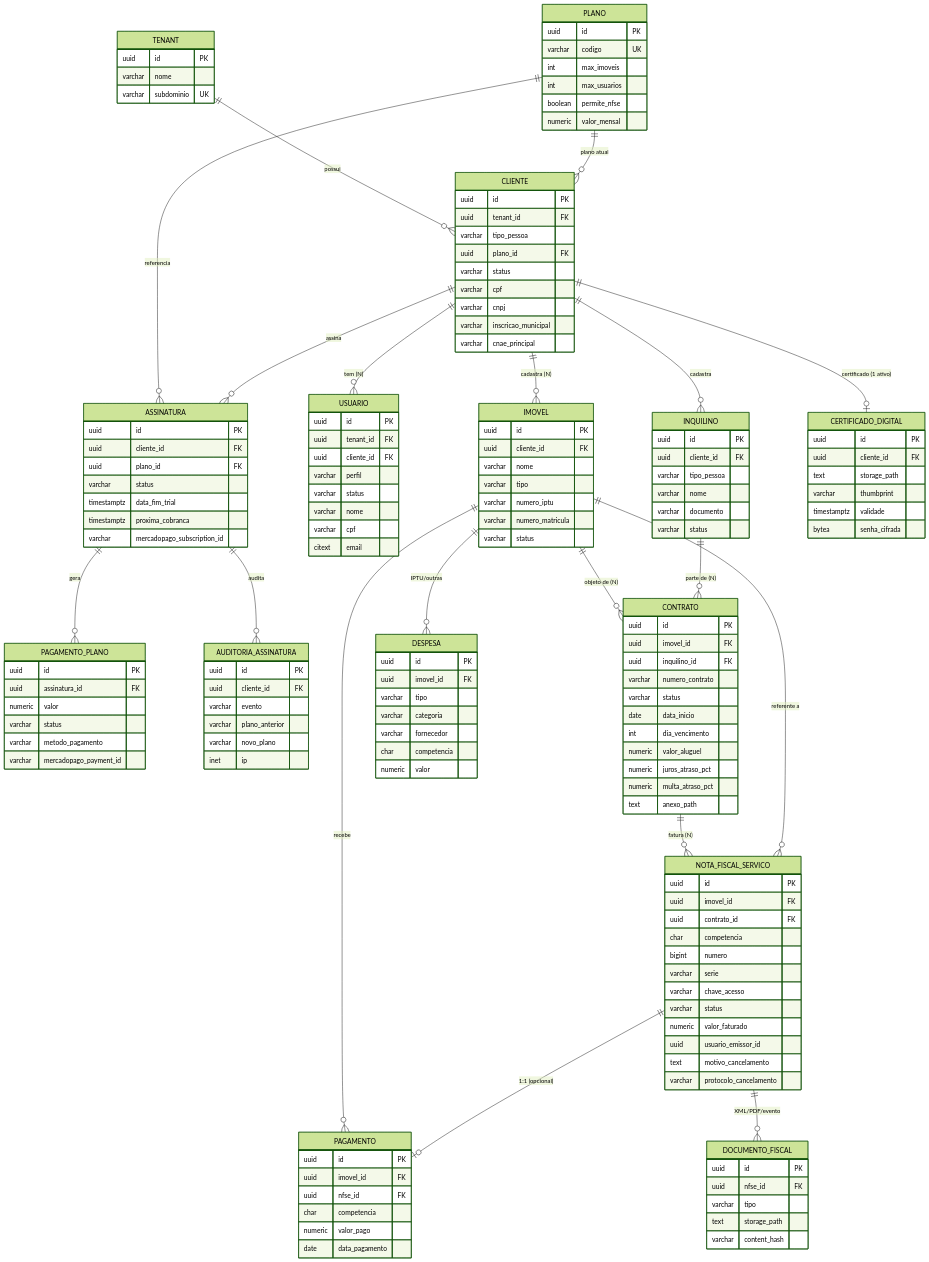
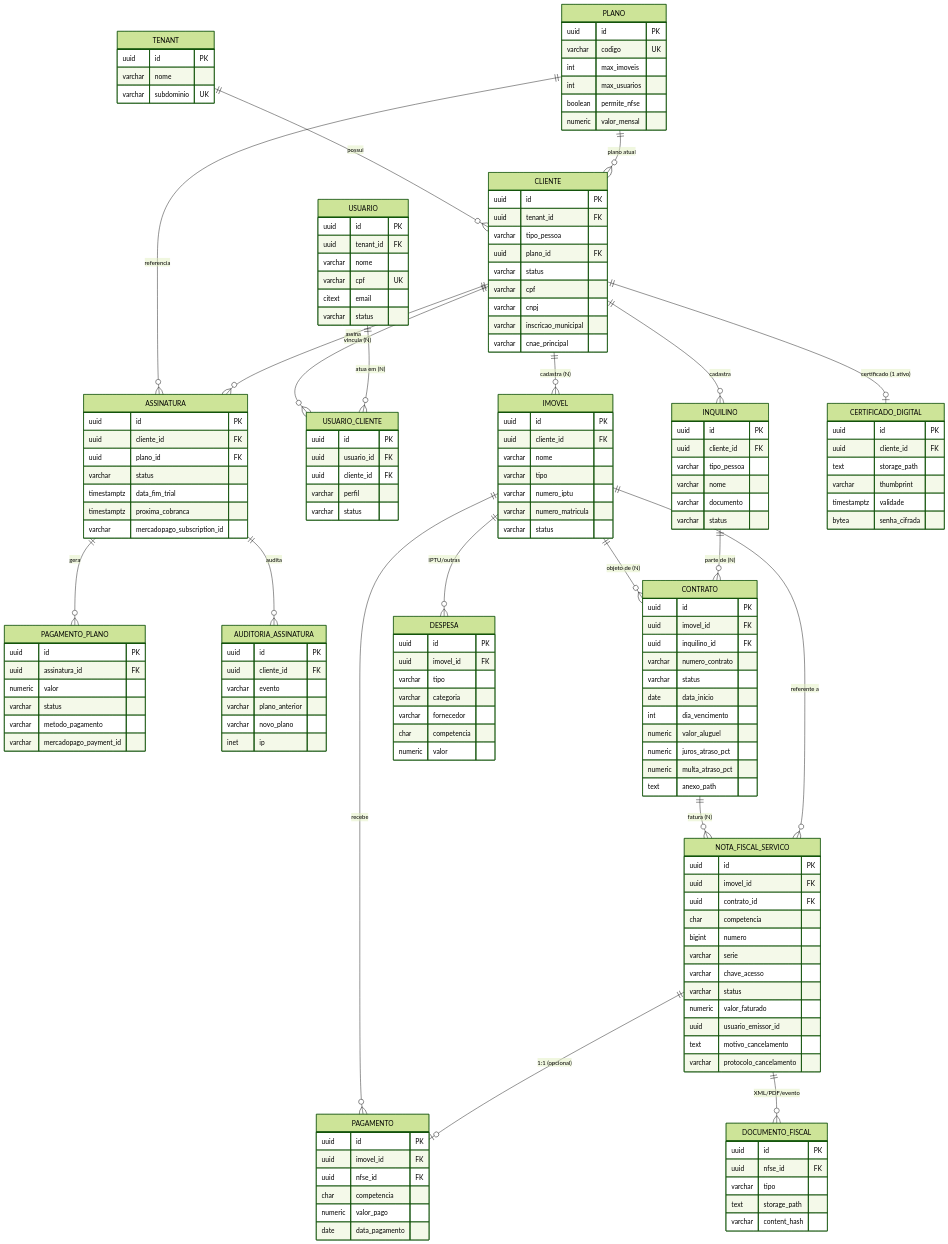
The first of 2 diagrams in Docs/Arquitetura/04-ERD.md (tthimoteo/app-aluguel), drawn with Mermaid (forest theme) before and after one commit. The commit also changed other lines of this file and 8 other files, not shown here.

First line of the commit message:
docs: CPF único por cliente e atuação em vários clientes

```diff
--- a/Docs/Arquitetura/04-ERD.md
+++ b/Docs/Arquitetura/04-ERD.md
@@ -21,7 +21,8 @@
     PLANO  ||--o{ CLIENTE : "plano atual"
     PLANO  ||--o{ ASSINATURA : referencia
 
-    CLIENTE ||--o{ USUARIO : "tem (N)"
+    CLIENTE ||--o{ USUARIO_CLIENTE : "vincula (N)"
+    USUARIO ||--o{ USUARIO_CLIENTE : "atua em (N)"
     CLIENTE ||--o{ IMOVEL : "cadastra (N)"
     CLIENTE ||--o{ INQUILINO : "cadastra"
     CLIENTE ||--o| CERTIFICADO_DIGITAL : "certificado (1 ativo)"
@@ -68,12 +69,17 @@
     USUARIO {
         uuid id PK
         uuid tenant_id FK
+        varchar nome
+        varchar cpf UK
+        citext email
+        varchar status
+    }
+    USUARIO_CLIENTE {
+        uuid id PK
+        uuid usuario_id FK
         uuid cliente_id FK
         varchar perfil
         varchar status
-        varchar nome
-        varchar cpf
-        citext email
     }
     ASSINATURA {
         uuid id PK
```
